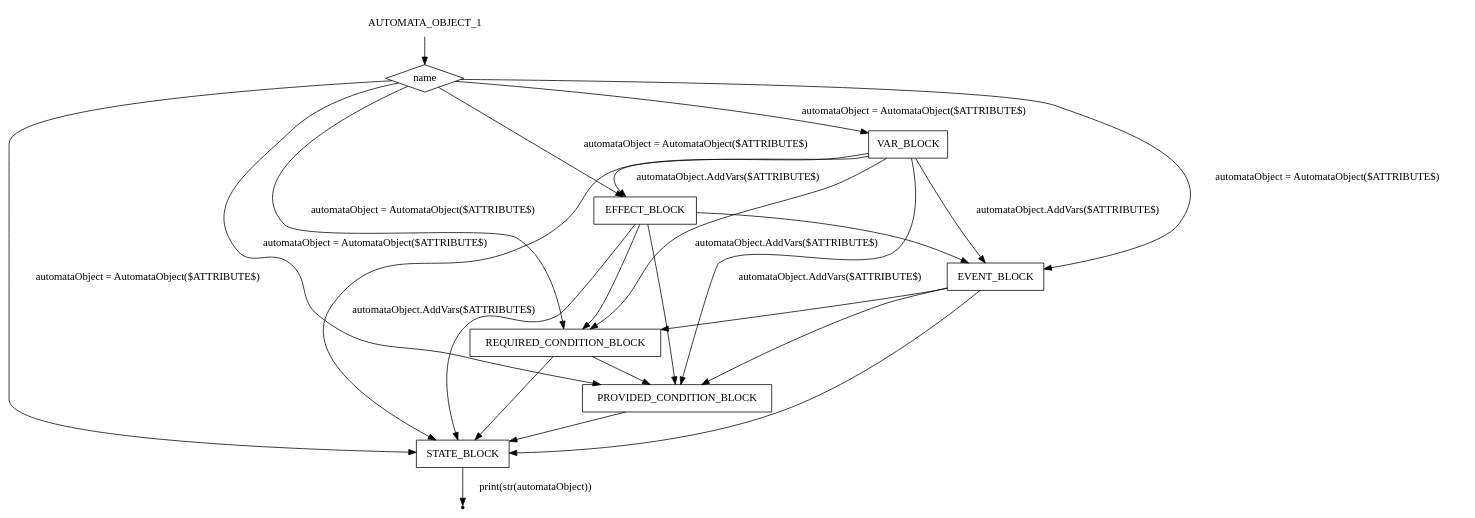
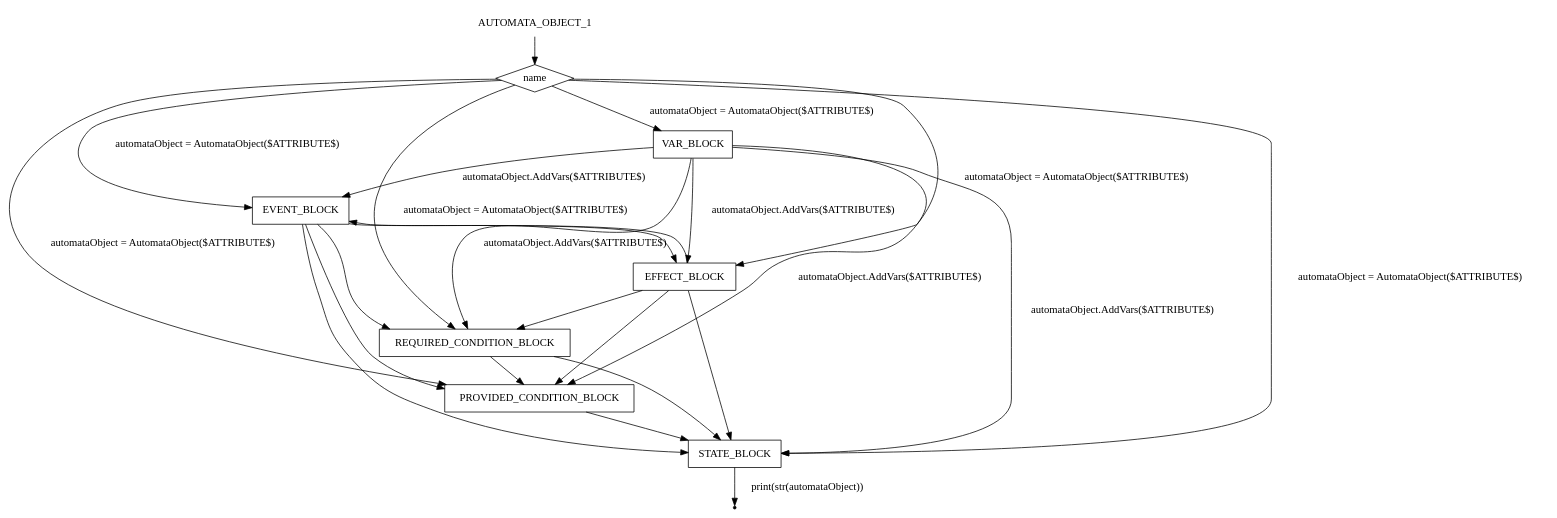
One commit to Samirox66/ciao changed the diagram in ciao_gv/automata_object1.gv. Above: the diagram before and after it, drawn with Graphviz. The commit also changed 5 other files, not shown here.

```diff
--- a/ciao_gv/automata_object1.gv
+++ b/ciao_gv/automata_object1.gv
@@ -1,34 +1,35 @@
 digraph AUTOMATA_OBJECT_1 {
     start [label=AUTOMATA_OBJECT_1 shape=plaintext]
     A [label=name shape=diamond]
     B [label=VAR_BLOCK shape=box]
+    D [label=EVENT_BLOCK shape=box]
     C [label=EFFECT_BLOCK shape=box]
-    D [label=EVENT_BLOCK shape=box]
     F [label=STATE_BLOCK shape=box]
     E [label=REQUIRED_CONDITION_BLOCK shape=box]
     G [label=PROVIDED_CONDITION_BLOCK shape=box]
     end [label="" shape=point]
     start -> A
     A -> B [label="automataObject = AutomataObject($ATTRIBUTE$)"]
     A -> C [label="automataObject = AutomataObject($ATTRIBUTE$)"]
     A -> D [label="automataObject = AutomataObject($ATTRIBUTE$)"]
     A -> F [label="automataObject = AutomataObject($ATTRIBUTE$)"]
     A -> E [label="automataObject = AutomataObject($ATTRIBUTE$)"]
     A -> G [label="automataObject = AutomataObject($ATTRIBUTE$)"]
     B -> C [label="automataObject.AddVars($ATTRIBUTE$)"]
     B -> D [label="automataObject.AddVars($ATTRIBUTE$)"]
     B -> F [label="automataObject.AddVars($ATTRIBUTE$)"]
     B -> E [label="automataObject.AddVars($ATTRIBUTE$)"]
     B -> G [label="automataObject.AddVars($ATTRIBUTE$)"]
     C -> D
     C -> F
     C -> G
     C -> E
     D -> F
     D -> E
     D -> G
+    D -> C
     E -> G
     E -> F
     G -> F
     F -> end [label="print(str(automataObject))"]
 }
```
